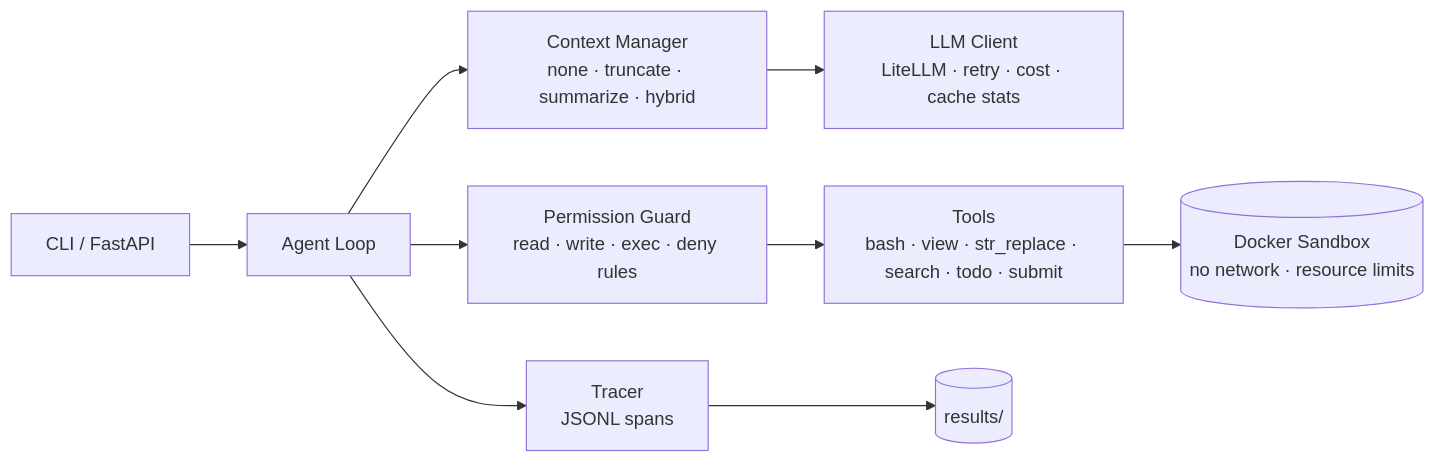
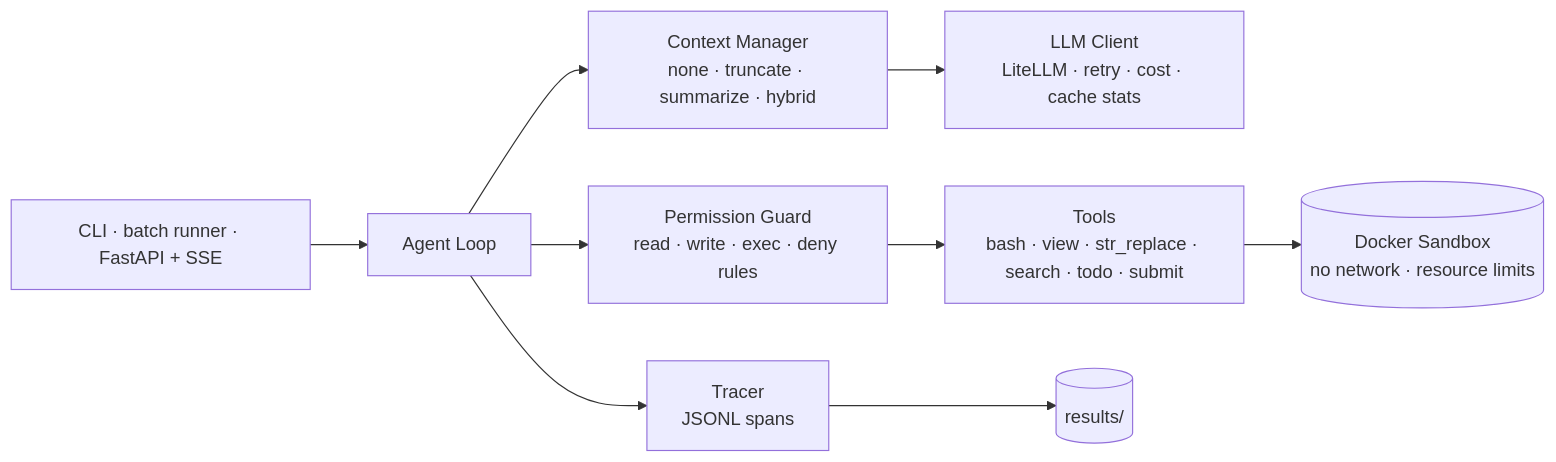
Before and after one commit to Yuhehe/harness_demo: the diagram in README.md, drawn with Mermaid. The commit also changed other lines of this file, not shown here.

Commit message:
docs(README): non-numeric sections (service demo, reproduce commands, limitations, architecture, links)

````diff
--- a/README.md
+++ b/README.md
@@ -34,11 +34,11 @@
 ```mermaid
 flowchart LR
-    U[CLI / FastAPI] --> L[Agent Loop]
+    U[CLI · batch runner · FastAPI + SSE] --> L[Agent Loop]
     L --> CM[Context Manager<br/>none · truncate · summarize · hybrid]
     CM --> LLM[LLM Client<br/>LiteLLM · retry · cost · cache stats]
     L --> G[Permission Guard<br/>read · write · exec · deny rules]
     G --> T[Tools<br/>bash · view · str_replace · search · todo · submit]
     T --> S[(Docker Sandbox<br/>no network · resource limits)]
     L --> TR[Tracer<br/>JSONL spans]
     TR --> R[(results/)]
 ```
````
